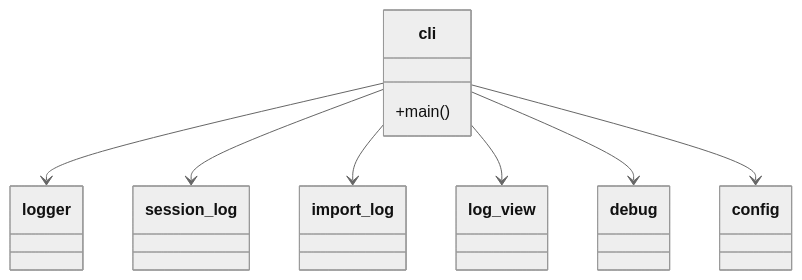
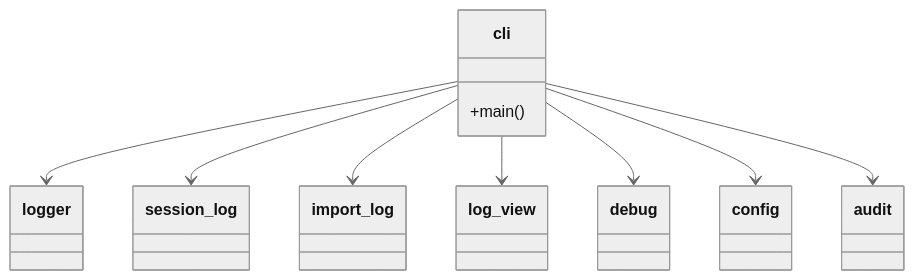
Before and after one commit to nan023062/agent-team-cc: the diagram in v1/kernel/engine/.dna/module.md, drawn with Mermaid (neutral theme). The commit also changed other lines of this file and 21 other files, not shown here.

First line of the commit message:
feat(engine/audit): governance drift checks — 5 read-only checks + CLI

````diff
--- a/v1/kernel/engine/.dna/module.md
+++ b/v1/kernel/engine/.dna/module.md
@@ -17,19 +17,21 @@
 ```mermaid
 classDiagram
     class cli {
         +main()
     }
     class logger
     class session_log
     class import_log
     class log_view
     class debug
     class config
+    class audit
 
     cli --> logger
     cli --> session_log
     cli --> import_log
     cli --> log_view
     cli --> debug
     cli --> config
+    cli --> audit
 ```
````
